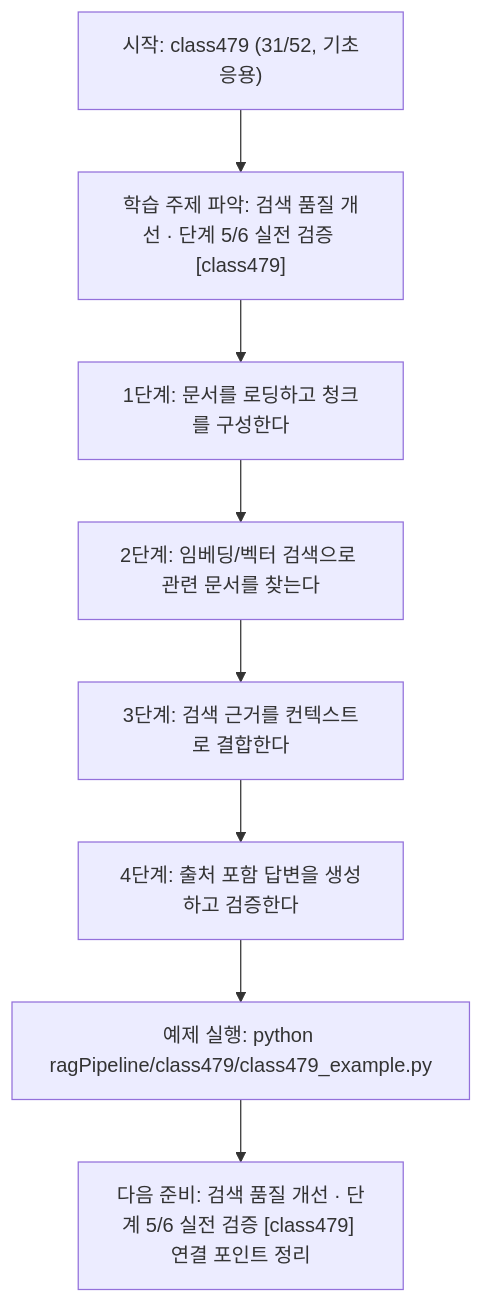
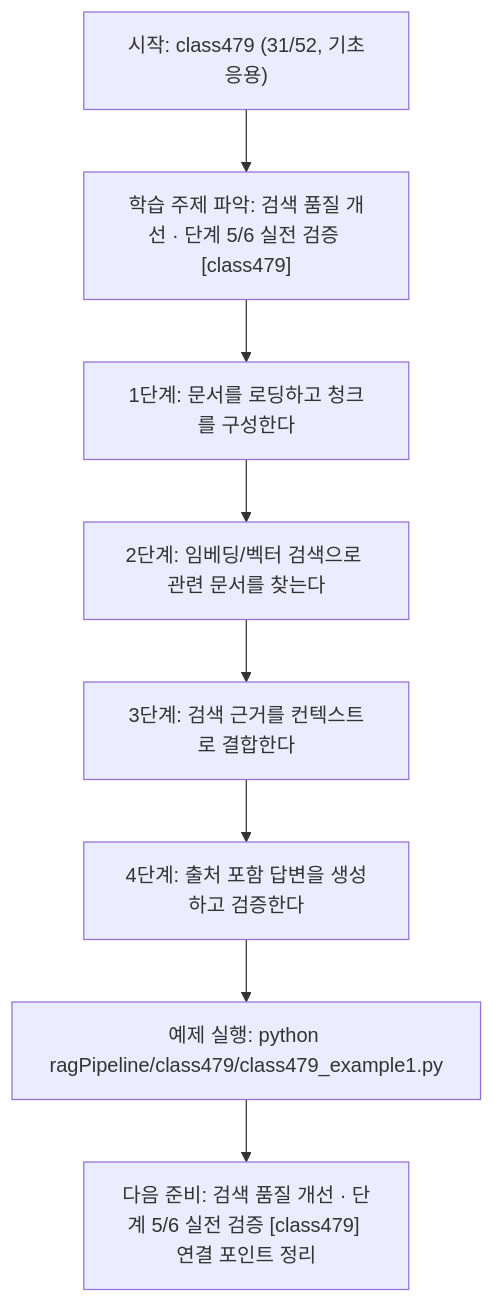
Before and after one commit to edumgt/Python-AI_Agent-Class: the diagram in ragPipeline/class479/class479.md, drawn with Mermaid. The commit also changed other lines of this file and 2959 other files, not shown here.

````diff
--- a/ragPipeline/class479/class479.md
+++ b/ragPipeline/class479/class479.md
@@ -111,18 +111,18 @@
 ```mermaid
 flowchart TD
 N1["시작: class479 (31/52, 기초응용)"]
 N2["학습 주제 파악: 검색 품질 개선 · 단계 5/6 실전 검증 [class479]"]
 N3["1단계: 문서를 로딩하고 청크를 구성한다"]
 N4["2단계: 임베딩/벡터 검색으로 관련 문서를 찾는다"]
 N5["3단계: 검색 근거를 컨텍스트로 결합한다"]
 N6["4단계: 출처 포함 답변을 생성하고 검증한다"]
-N7["예제 실행: python ragPipeline/class479/class479_example.py"]
+N7["예제 실행: python ragPipeline/class479/class479_example1.py"]
 N8["다음 준비: 검색 품질 개선 · 단계 5/6 실전 검증 [class479] 연결 포인트 정리"]
 N1 --> N2
 N2 --> N3
 N3 --> N4
 N4 --> N5
 N5 --> N6
 N6 --> N7
 N7 --> N8
 ```
````
